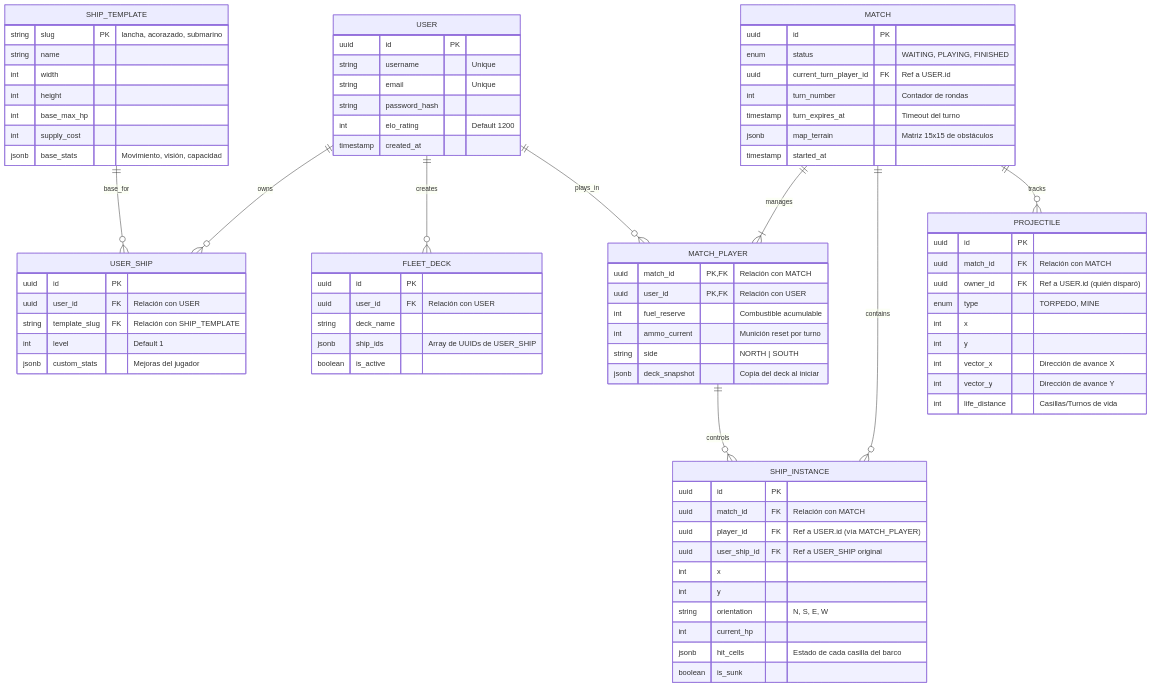
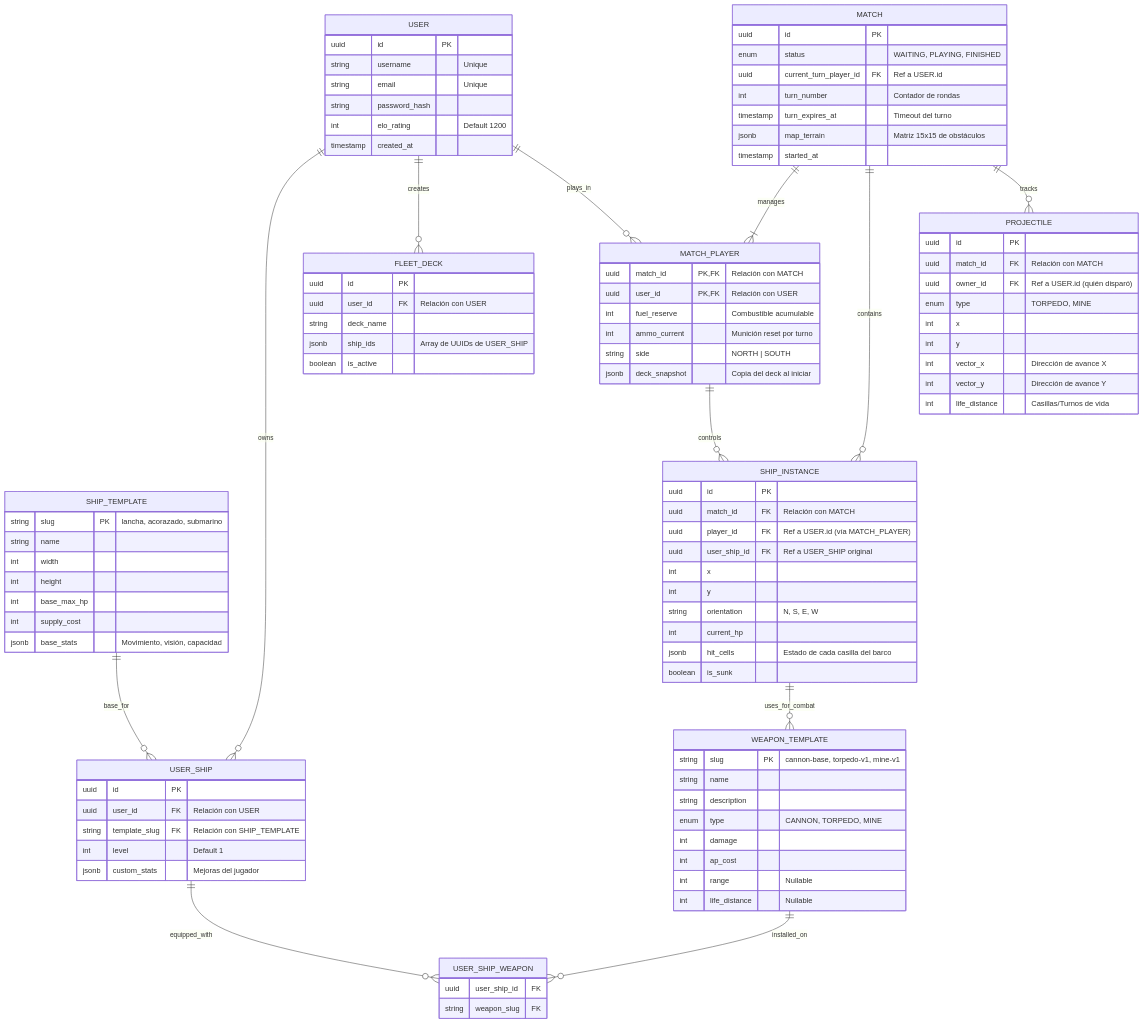
One commit to UNIZAR-30226-2026-07/BombaVa-Backend changed the diagram in docs/DATABASE_MODEL.md. Above: the diagram before and after it, drawn with Mermaid. The commit also changed 2 other files, not shown here.

Commit message:
docs: Actualizado diagrama ER para incluir armas

```diff
--- a/docs/DATABASE_MODEL.md
+++ b/docs/DATABASE_MODEL.md
@@ -30,6 +30,27 @@
         int supply_cost
         jsonb base_stats "Movimiento, visión, capacidad"
     }
+
+    USER_SHIP ||--o{ USER_SHIP_WEAPON : equipped_with
+    WEAPON_TEMPLATE ||--o{ USER_SHIP_WEAPON : installed_on
+    
+    WEAPON_TEMPLATE {
+        string slug PK "cannon-base, torpedo-v1, mine-v1"
+        string name
+        string description
+        enum type "CANNON, TORPEDO, MINE"
+        int damage
+        int ap_cost
+        int range "Nullable"
+        int life_distance "Nullable"
+    }
+
+    USER_SHIP_WEAPON {
+        uuid user_ship_id FK
+        string weapon_slug FK
+    }
+
+    SHIP_INSTANCE ||--o{ WEAPON_TEMPLATE : uses_for_combat
 
     USER_SHIP {
         uuid id PK
```
